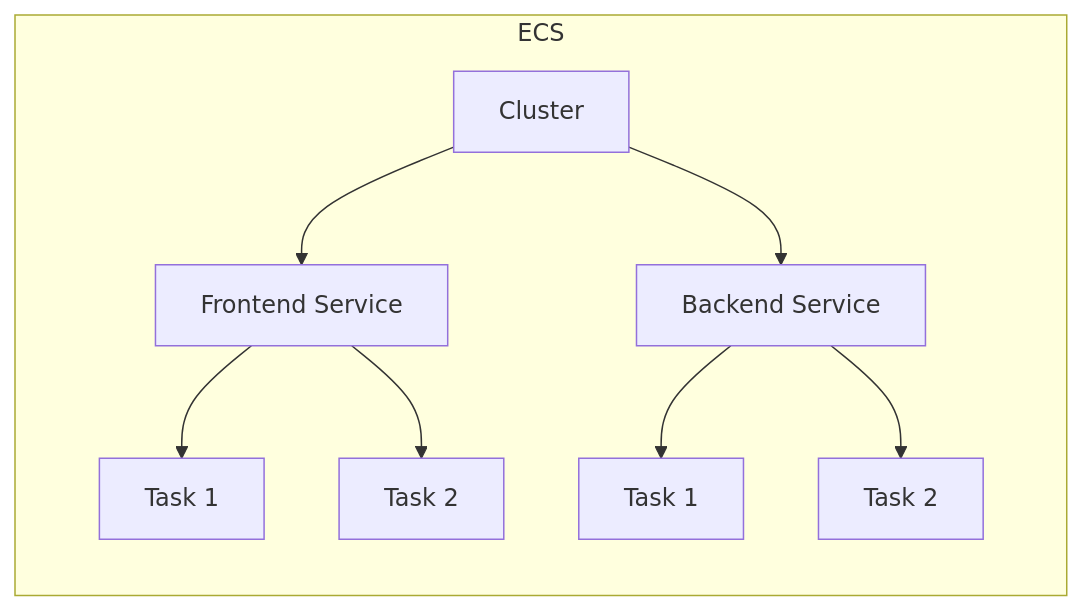
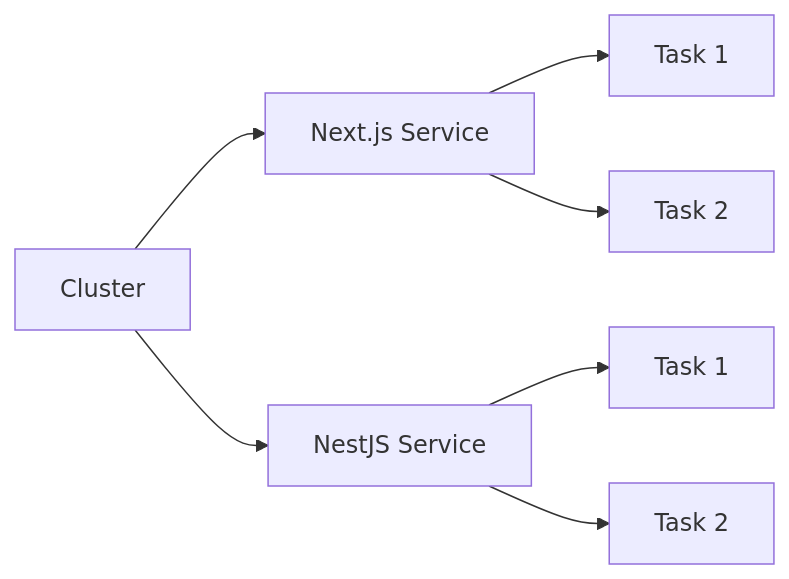
The fourth of 11 diagrams in docs/curriculum/02-aws.md (muratanaoki/party-box), drawn with Mermaid before and after one commit. The commit also changed other lines of this file and 1 other file, not shown here.

````diff
--- a/docs/curriculum/02-aws.md
+++ b/docs/curriculum/02-aws.md
@@ -97,11 +143,10 @@
 ```mermaid
 flowchart LR
-    subgraph ECS
-        Cluster --> Service1["Frontend Service"]
-        Cluster --> Service2["Backend Service"]
-        Service1 --> Task1["Task 1"]
-        Service1 --> Task2["Task 2"]
-        Service2 --> Task3["Task 1"]
-        Service2 --> Task4["Task 2"]
-    end
+    Cluster["Cluster"]
+    Cluster --> S1["Next.js Service"]
+    Cluster --> S2["NestJS Service"]
+    S1 --> T1["Task 1"]
+    S1 --> T2["Task 2"]
+    S2 --> T3["Task 1"]
+    S2 --> T4["Task 2"]
 ```
````
